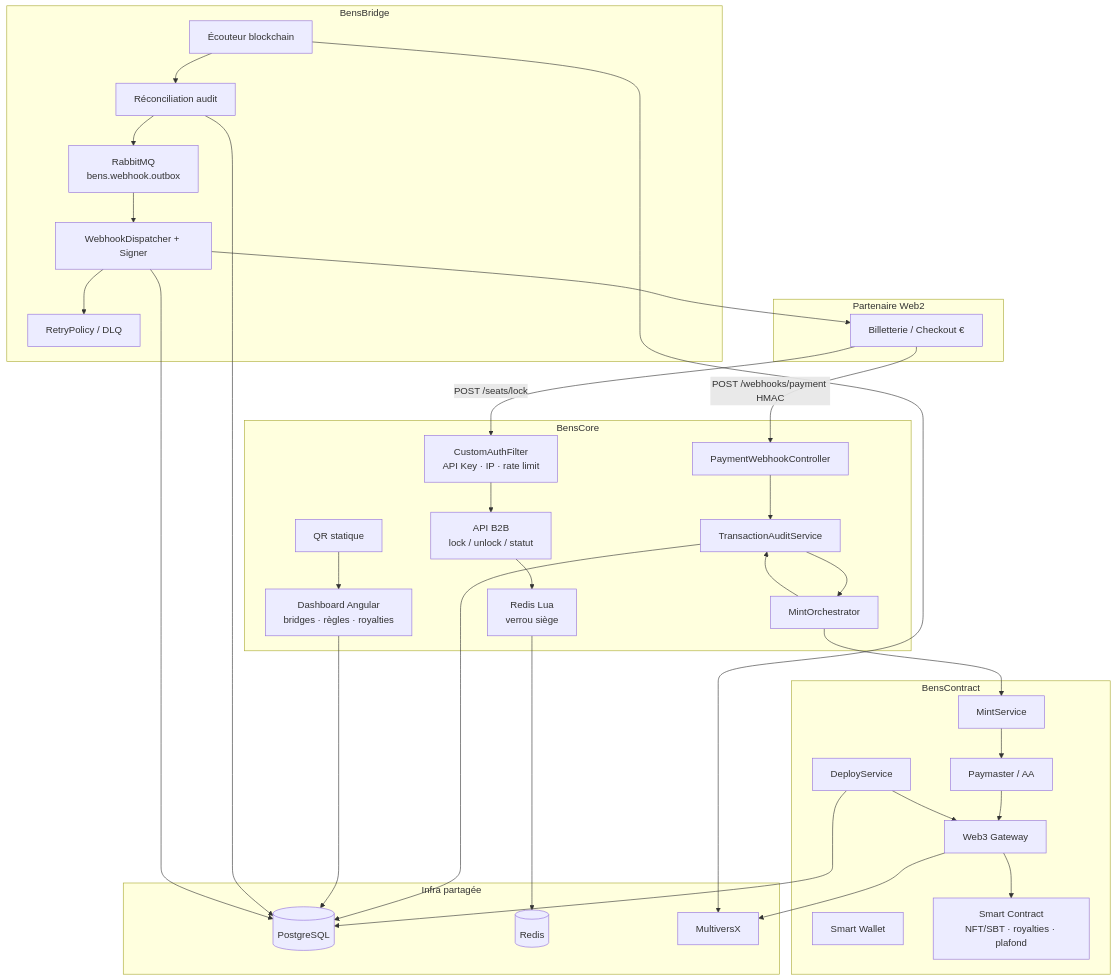
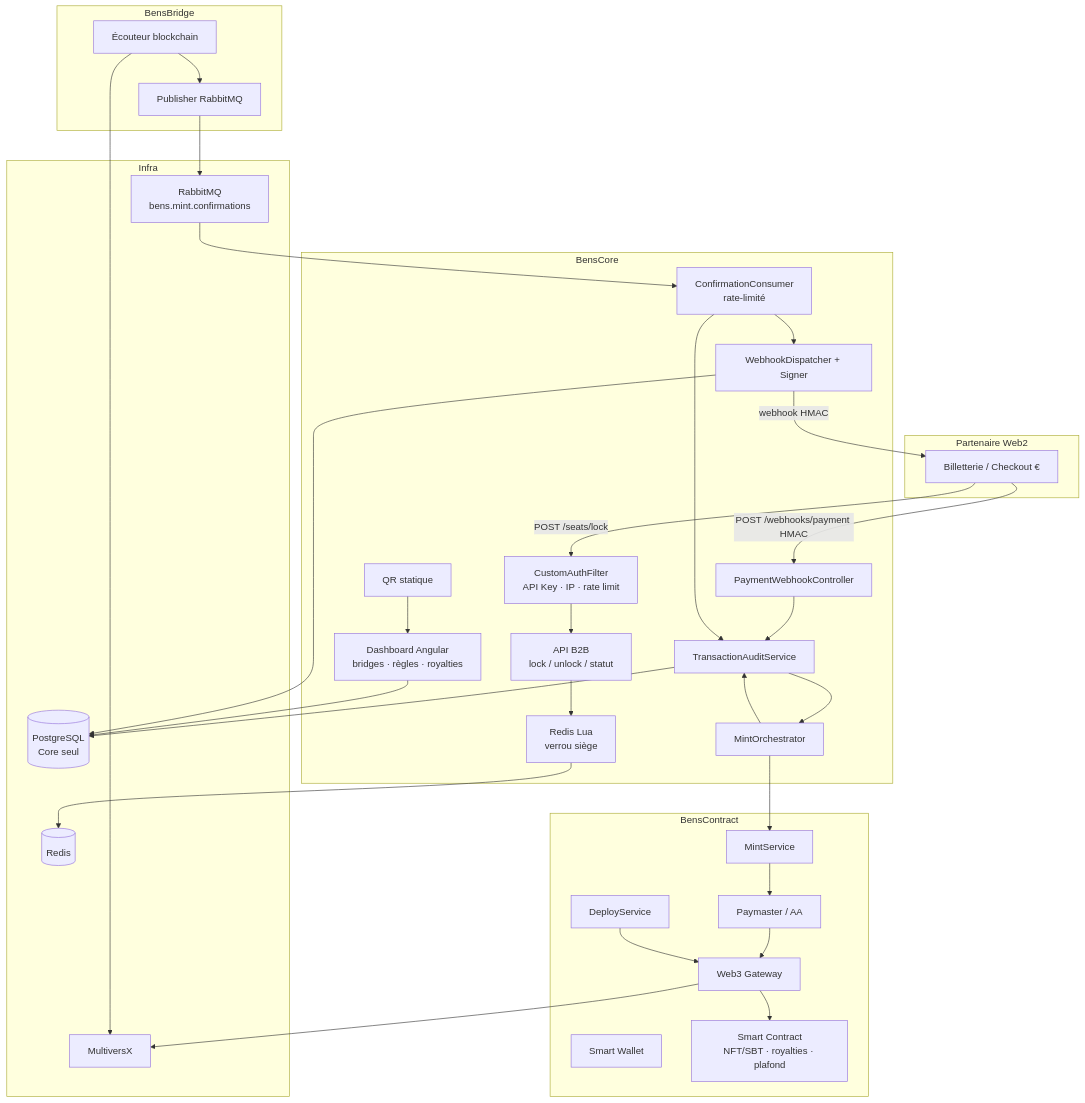
One commit to 2025-10-CDA-ECO-P6/bens changed the first of 4 diagrams in docs/03-conception/architecture.md. Above: the diagram before and after it, drawn with Mermaid. The commit also changed other lines of this file and 7 other files, not shown here.

First line of the commit message:
docs: aligner Core/Contract/Bridge sur la confirmation on-chain via RabbitMQ

````diff
--- a/docs/03-conception/architecture.md
+++ b/docs/03-conception/architecture.md
@@ -90,56 +98,55 @@
 ```mermaid
 flowchart TB
   subgraph Partenaire["Partenaire Web2"]
     VEL[Billetterie / Checkout €]
   end
 
   subgraph Core["BensCore"]
     API[API B2B<br/>lock / unlock / statut]
     Auth[CustomAuthFilter<br/>API Key · IP · rate limit]
     RedisLua[Redis Lua<br/>verrou siège]
     PayWH[PaymentWebhookController]
     Audit[TransactionAuditService]
     Orch[MintOrchestrator]
+    Consumer[ConfirmationConsumer<br/>rate-limité]
+    Disp[WebhookDispatcher + Signer]
     Dash[Dashboard Angular<br/>bridges · règles · royalties]
     QR[QR statique]
   end
 
   subgraph Contract["BensContract"]
     Deploy[DeployService]
     MintSvc[MintService]
     Paymaster[Paymaster / AA]
     Wallet[Smart Wallet]
     GW[Web3 Gateway]
     SC[Smart Contract<br/>NFT/SBT · royalties · plafond]
   end
 
   subgraph Bridge["BensBridge"]
     Listener[Écouteur blockchain]
-    Recon[Réconciliation audit]
-    MQ[RabbitMQ<br/>bens.webhook.outbox]
-    Disp[WebhookDispatcher + Signer]
-    Retry[RetryPolicy / DLQ]
+    Publisher[Publisher RabbitMQ]
   end
 
-  subgraph Infra["Infra partagée"]
-    PG[(PostgreSQL)]
+  subgraph Infra["Infra"]
+    PG[(PostgreSQL<br/>Core seul)]
     RD[(Redis)]
+    MQ[RabbitMQ<br/>bens.mint.confirmations]
     MX[MultiversX]
   end
 
   VEL -->|POST /seats/lock| Auth --> API --> RedisLua --> RD
   VEL -->|POST /webhooks/payment HMAC| PayWH --> Audit --> PG
   Audit --> Orch --> MintSvc
   MintSvc --> Paymaster --> GW --> MX
   GW --> SC
   Deploy --> GW
-  Deploy --> PG
+  Orch --> Audit
   Dash --> PG
-  Orch --> Audit
   Listener --> MX
-  Listener --> Recon --> PG
-  Recon --> MQ --> Disp --> VEL
-  Disp --> Retry
+  Listener --> Publisher --> MQ
+  MQ --> Consumer --> Audit
+  Consumer --> Disp -->|webhook HMAC| VEL
   Disp --> PG
   QR --> Dash
 ```
````
